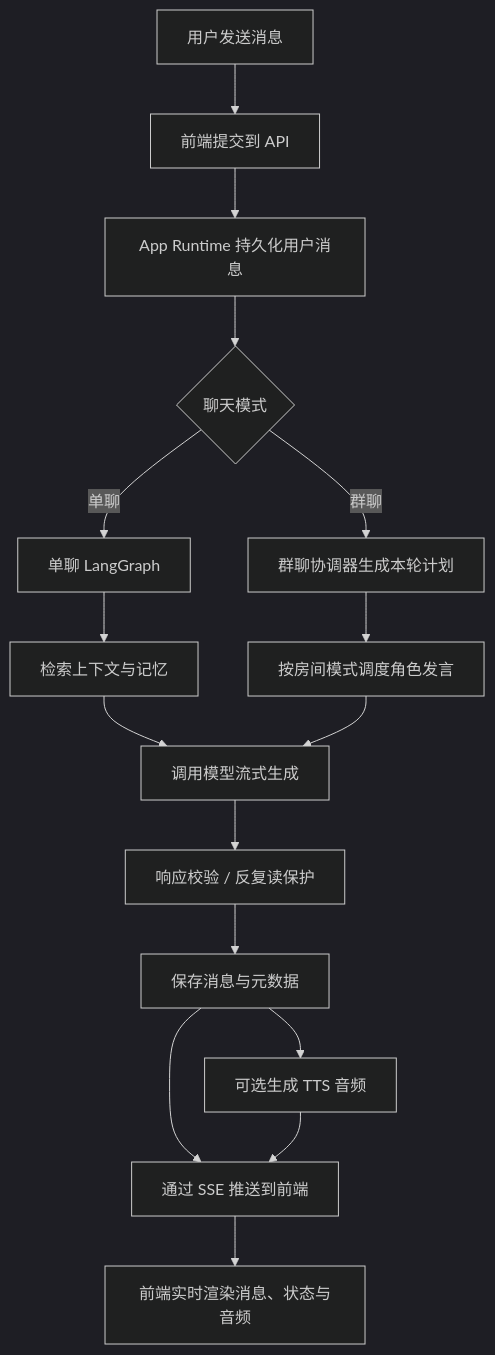
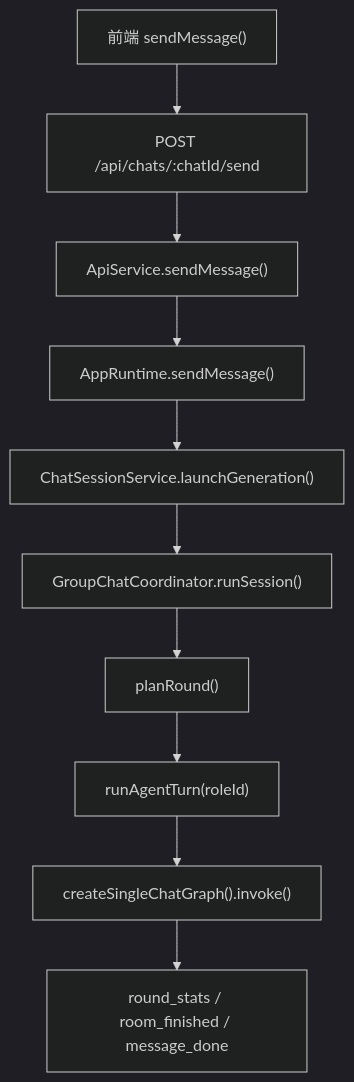
One commit to davent10086/SenrenTalk changed the third of 3 diagrams in README.md. Above: the diagram before and after it, drawn with Mermaid (dark theme). The commit also changed other lines of this file and 11 other files, not shown here.

Commit message:
Fix group chat single-round flow and refresh docs

````diff
--- a/README.md
+++ b/README.md
@@ -76,18 +130,12 @@
 ```mermaid
 flowchart TD
-    A["用户发送消息"] --> B["前端提交到 API"]
-    B --> C["App Runtime 持久化用户消息"]
-    C --> D{"聊天模式"}
-    D -->|单聊| E["单聊 LangGraph"]
-    D -->|群聊| F["群聊协调器生成本轮计划"]
-    E --> G["检索上下文与记忆"]
-    F --> H["按房间模式调度角色发言"]
-    G --> I["调用模型流式生成"]
-    H --> I
-    I --> J["响应校验 / 反复读保护"]
-    J --> K["保存消息与元数据"]
-    K --> L["可选生成 TTS 音频"]
-    K --> M["通过 SSE 推送到前端"]
-    L --> M
-    M --> N["前端实时渲染消息、状态与音频"]
+    A["前端 sendMessage()"] --> B["POST /api/chats/:chatId/send"]
+    B --> C["ApiService.sendMessage()"]
+    C --> D["AppRuntime.sendMessage()"]
+    D --> E["ChatSessionService.launchGeneration()"]
+    E --> F["GroupChatCoordinator.runSession()"]
+    F --> G["planRound()"]
+    G --> H["runAgentTurn(roleId)"]
+    H --> I["createSingleChatGraph().invoke()"]
+    I --> J["round_stats / room_finished / message_done"]
 ```
````
